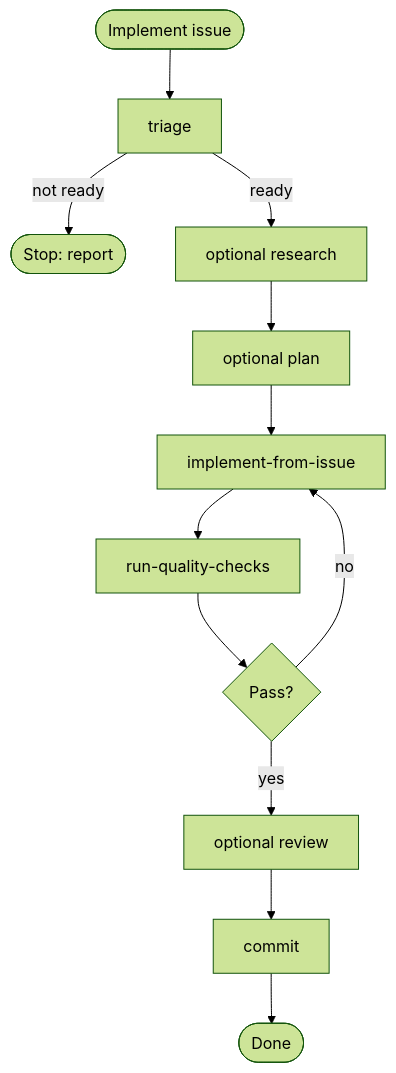
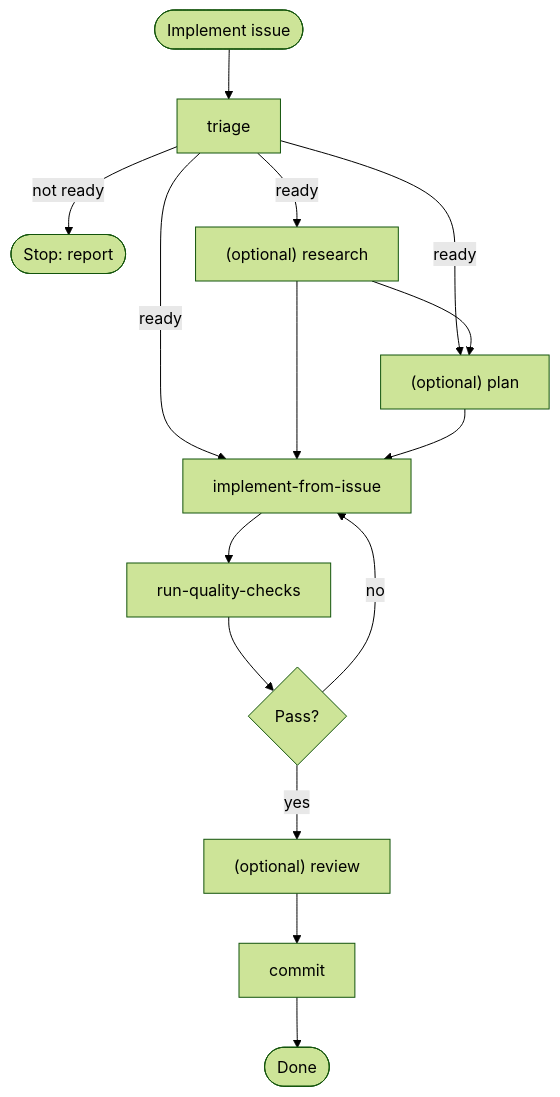
One commit to kalvi-ai/kalvi-library-template changed the second of 3 diagrams in docs/agentic-workflow.md. Above: the diagram before and after it, drawn with Mermaid (forest theme). The commit also changed other lines of this file, not shown here.

````diff
--- a/docs/agentic-workflow.md
+++ b/docs/agentic-workflow.md
@@ -33,14 +29,17 @@
 ```mermaid
 flowchart TD
-  Start([Implement issue]) --> Triage[triage]
-  Triage -->|not ready| Stop1([Stop: report])
-  Triage -->|ready| Research[optional research]
-  Research --> Plan[optional plan]
-  Plan --> Implement[implement-from-issue]
-  Implement --> Checks[run-quality-checks]
-  Checks --> Pass{Pass?}
-  Pass -->|no| Implement
-  Pass -->|yes| Review[optional review]
-  Review --> Commit[commit]
-  Commit --> Stop2([Done])
+    Start([Implement issue]) --> Triage[triage]
+    Triage -->|not ready| Stop1([Stop: report])
+    Triage -->|ready| Research["(optional) research"]
+    Triage -->|ready| Plan["(optional) plan"]
+    Triage -->|ready| Implement[implement-from-issue]
+    Research --> Plan
+    Research --> Implement
+    Plan --> Implement
+    Implement --> Checks[run-quality-checks]
+    Checks --> Pass{Pass?}
+    Pass -->|no| Implement
+    Pass -->|yes| Review["(optional) review"]
+    Review --> Commit[commit]
+    Commit --> Stop2([Done])
 ```
````
